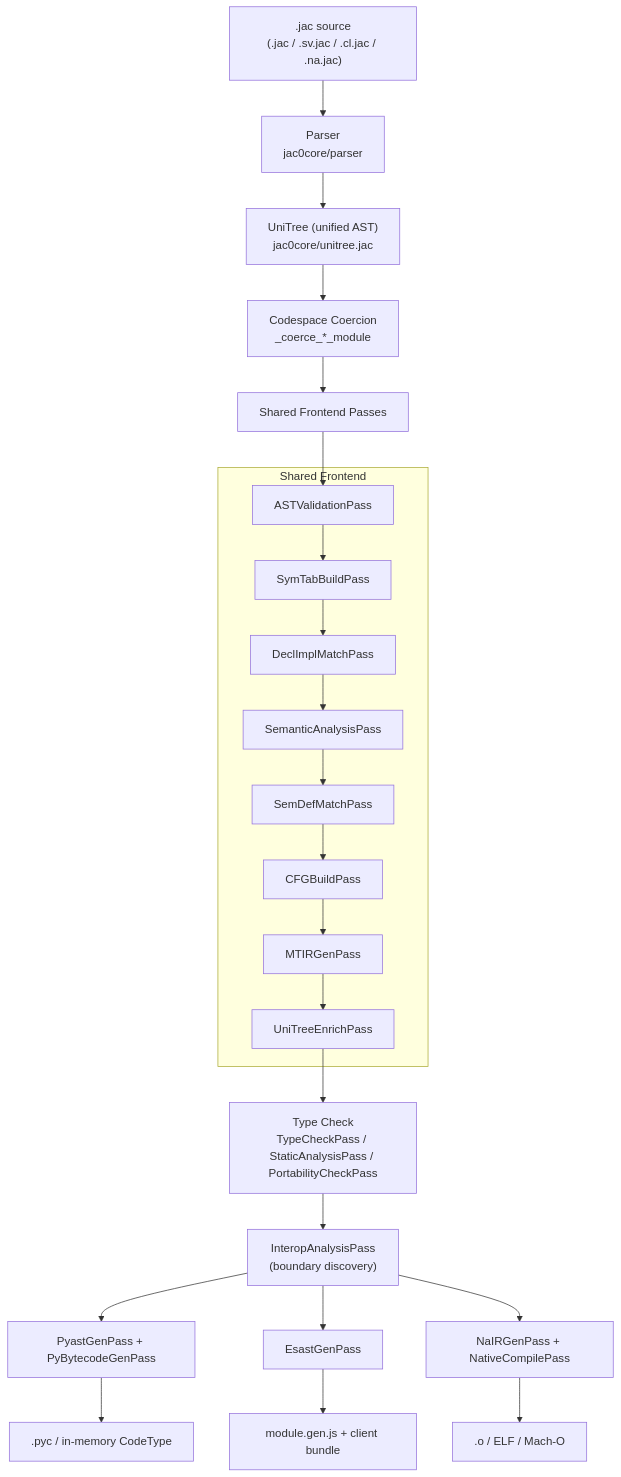
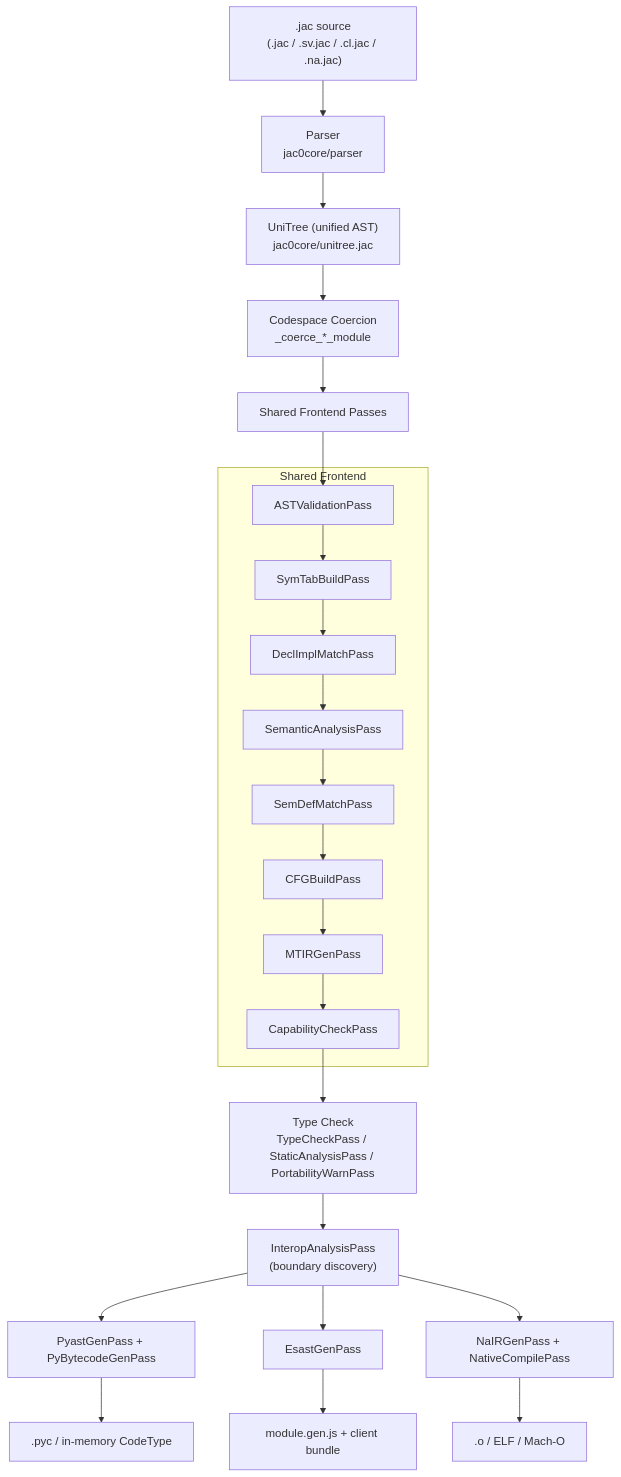
The second of 3 diagrams in docs/docs/internals/compiler_architecture.md (Gorgeous-Patrick/jaseci), drawn with Mermaid before and after one commit. The commit also changed other lines of this file and 11 other files, not shown here.

````diff
--- a/docs/docs/internals/compiler_architecture.md
+++ b/docs/docs/internals/compiler_architecture.md
@@ -95,29 +95,29 @@
 ```mermaid
 graph TD
     SRC[".jac source<br/>(.jac / .sv.jac / .cl.jac / .na.jac)"] --> PARSE[Parser<br/>jac0core/parser]
     PARSE --> UNI["UniTree (unified AST)<br/>jac0core/unitree.jac"]
     UNI --> COERCE["Codespace Coercion<br/>_coerce_*_module"]
     COERCE --> FRONTEND[Shared Frontend Passes]
 
     subgraph FRONTEND_PASSES["Shared Frontend"]
         FE1[ASTValidationPass]
         FE2[SymTabBuildPass]
         FE3[DeclImplMatchPass]
         FE4[SemanticAnalysisPass]
         FE5[SemDefMatchPass]
         FE6[CFGBuildPass]
         FE7[MTIRGenPass]
-        FE8[UniTreeEnrichPass]
+        FE8[CapabilityCheckPass]
     end
 
     FRONTEND --> FE1 --> FE2 --> FE3 --> FE4 --> FE5 --> FE6 --> FE7 --> FE8
-    FE8 --> TYPECK["Type Check<br/>TypeCheckPass / StaticAnalysisPass / PortabilityCheckPass"]
+    FE8 --> TYPECK["Type Check<br/>TypeCheckPass / StaticAnalysisPass / PortabilityWarnPass"]
     TYPECK --> INTEROP["InteropAnalysisPass<br/>(boundary discovery)"]
     INTEROP --> SV[PyastGenPass + PyBytecodeGenPass]
     INTEROP --> CL[EsastGenPass]
     INTEROP --> NA[NaIRGenPass + NativeCompilePass]
 
     SV --> SVOUT[".pyc / in-memory CodeType"]
     CL --> CLOUT["module.gen.js + client bundle"]
     NA --> NAOUT[".o / ELF / Mach-O"]
 ```
````
